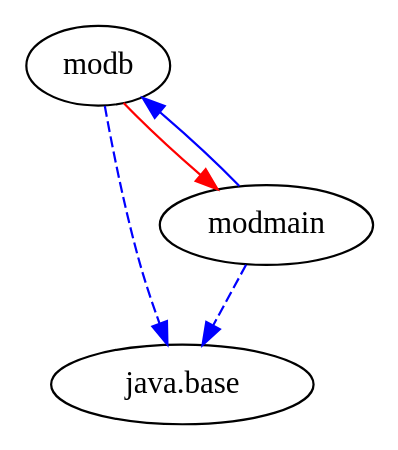
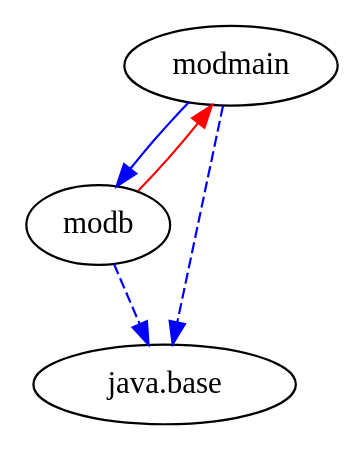
Before and after one commit to accso/java9-jigsaw-examples: the diagram in jigsaw-examples/example_reflection/moduledependencies.dot, drawn with Graphviz. The commit also changed 112 other files, not shown here.

```diff
--- a/jigsaw-examples/example_reflection/moduledependencies.dot
+++ b/jigsaw-examples/example_reflection/moduledependencies.dot
@@ -1,10 +1,10 @@
-# Created by depvis.JigsawDepVisualizer on Fri Dec 30 11:18:04 CET 2016
+# Created by depvis.JigsawDepVisualizer on Thu Mar 30 16:08:20 CEST 2017
 digraph Java9_Dependency_Visualizer {
+modmain[fontname="Consolas",shape="ellipse",label="modmain"];
 modb[fontname="Consolas",shape="ellipse",label="modb"];
 java_base[fontname="Consolas",shape="ellipse",label="java.base"];
-modmain[fontname="Consolas",shape="ellipse",label="modmain"];
+modmain -> modb[color="#0000ff",fontname="Consolas",fontcolor="#0000ff",weight="8"]
+modmain -> java_base[color="#0000ff",fontname="Consolas",fontcolor="#0000ff",style="dashed",weight="16"]
 modb -> java_base[color="#0000ff",fontname="Consolas",fontcolor="#0000ff",style="dashed",weight="16"]
 modb -> modmain[fontname="Consolas",fontcolor="#ff0000",color="#ff0000",weight="2"]
-modmain -> modb[color="#0000ff",fontname="Consolas",fontcolor="#0000ff",weight="8"]
-modmain -> java_base[color="#0000ff",fontname="Consolas",fontcolor="#0000ff",style="dashed",weight="16"]
 }
```
